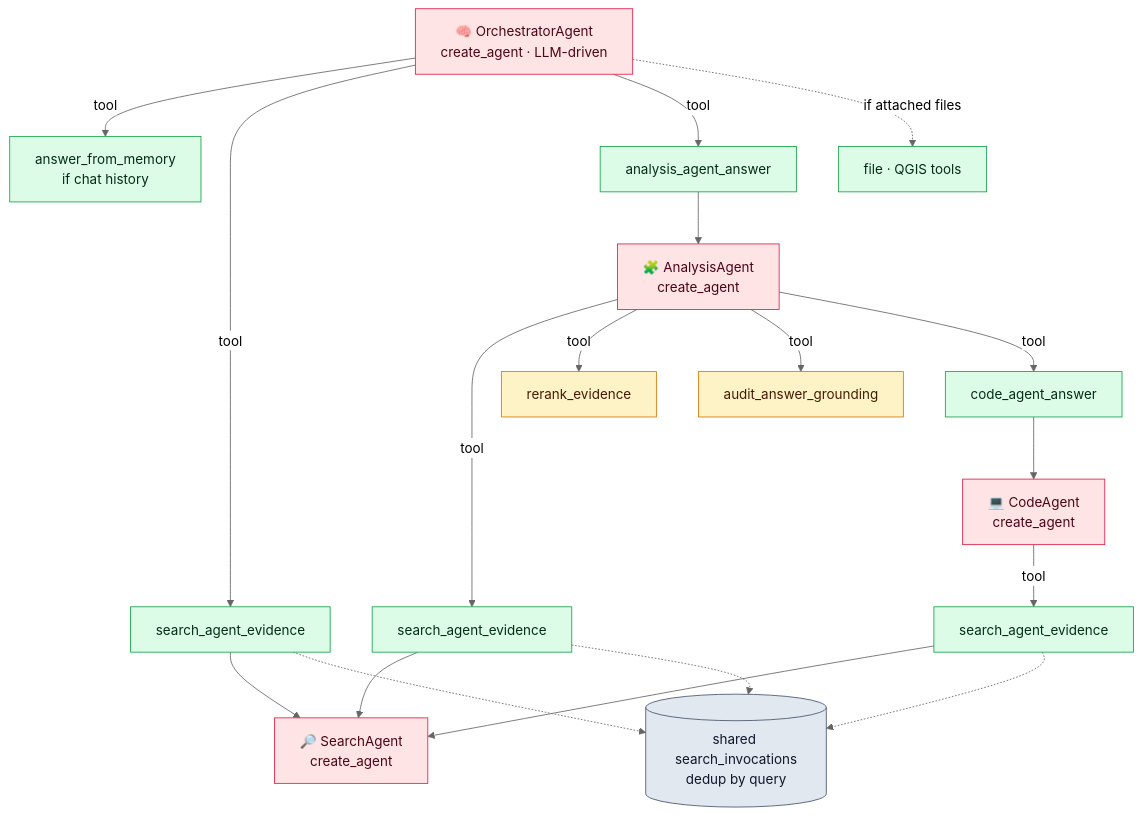
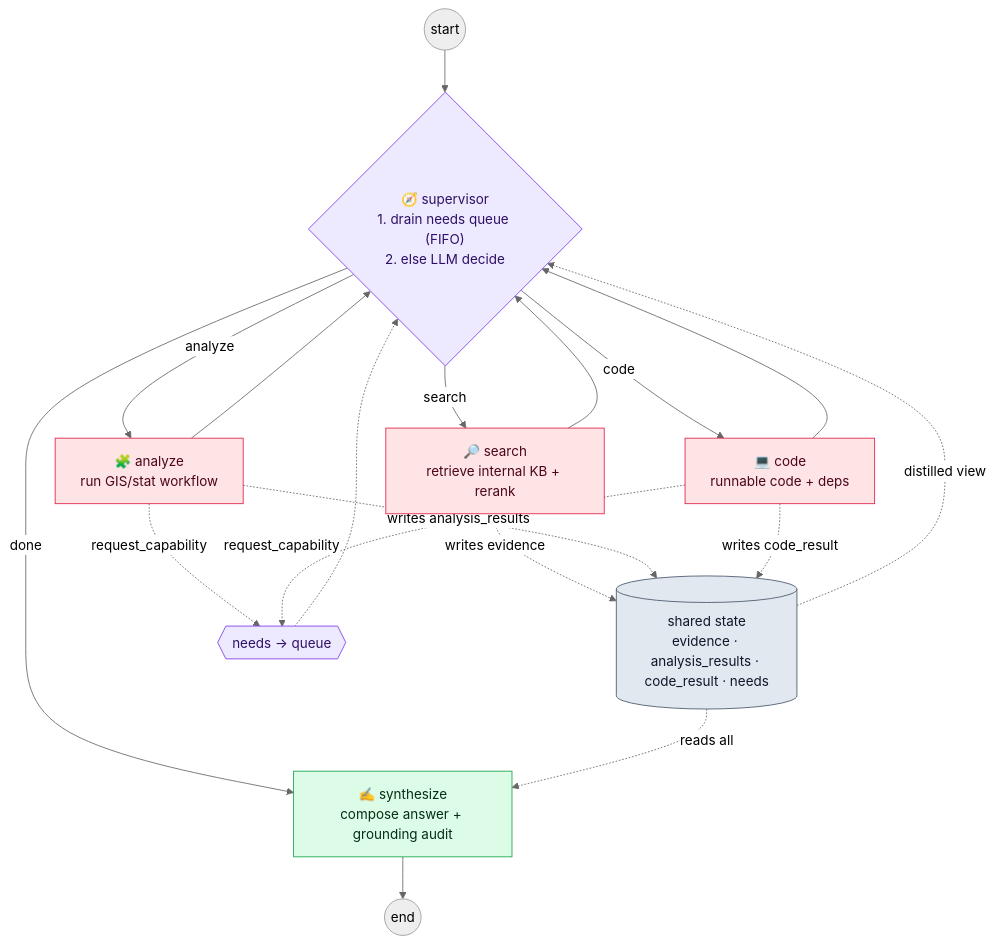
The second of 7 diagrams in agent_runtime/agent_architecture.md (I-GUIDE/I-GUIDE_AI), drawn with Mermaid (neutral theme) before and after one commit. The commit also changed other lines of this file and 16 other files, not shown here.

````diff
--- a/agent_runtime/agent_architecture.md
+++ b/agent_runtime/agent_architecture.md
@@ -43,31 +48,29 @@
 ```mermaid
 flowchart TD
+    classDef sup fill:#ede9fe,stroke:#7c3aed,color:#2e1065;
     classDef agent fill:#ffe4e6,stroke:#e11d48,color:#4c0519;
-    classDef tool fill:#dcfce7,stroke:#16a34a,color:#052e16;
-    classDef quality fill:#fef3c7,stroke:#d97706,color:#451a03;
     classDef store fill:#e2e8f0,stroke:#475569,color:#0f172a;
+    classDef done fill:#dcfce7,stroke:#16a34a,color:#052e16;
 
-    ORCH["🧠 OrchestratorAgent<br/>create_agent · LLM-driven"]:::agent
+    START((start)) --> SUP
+    SUP{"🧭 supervisor<br/>1. drain needs queue (FIFO)<br/>2. else LLM decide"}:::sup
+    SUP -->|search| SE["🔎 search<br/>retrieve internal KB + rerank"]:::agent
+    SUP -->|analyze| AN["🧩 analyze<br/>run GIS/stat workflow"]:::agent
+    SUP -->|code| CO["💻 code<br/>runnable code + deps"]:::agent
+    SUP -->|done| SY["✍️ synthesize<br/>compose answer + grounding audit"]:::done
+    SE --> SUP
+    AN --> SUP
+    CO --> SUP
+    SY --> EN((end))
 
-    ORCH -->|tool| MEM["answer_from_memory<br/>if chat history"]:::tool
-    ORCH -->|tool| SE1["search_agent_evidence"]:::tool
-    ORCH -->|tool| AA["analysis_agent_answer"]:::tool
-    ORCH -.->|"if attached files"| FT["file · QGIS tools"]:::tool
+    ST[("shared state<br/>evidence · analysis_results · code_result · needs")]:::store
+    SE -.->|writes evidence| ST
+    AN -.->|writes analysis_results| ST
+    CO -.->|writes code_result| ST
+    ST -.->|distilled view| SUP
+    ST -.->|reads all| SY
 
-    SE1 --> SA["🔎 SearchAgent<br/>create_agent"]:::agent
-    AA --> AN["🧩 AnalysisAgent<br/>create_agent"]:::agent
-
-    AN -->|tool| SE2["search_agent_evidence"]:::tool
-    AN -->|tool| RR1["rerank_evidence"]:::quality
-    AN -->|tool| AUD1["audit_answer_grounding"]:::quality
-    AN -->|tool| CA["code_agent_answer"]:::tool
-    SE2 --> SA
-    CA --> CODE["💻 CodeAgent<br/>create_agent"]:::agent
-    CODE -->|tool| SE3["search_agent_evidence"]:::tool
-    SE3 --> SA
-
-    DS[("shared search_invocations<br/>dedup by query")]:::store
-    SE1 -.-> DS
-    SE2 -.-> DS
-    SE3 -.-> DS
+    AN -.->|request_capability| RQ{{"needs → queue"}}:::sup
+    CO -.->|request_capability| RQ
+    RQ -.-> SUP
 ```
````
